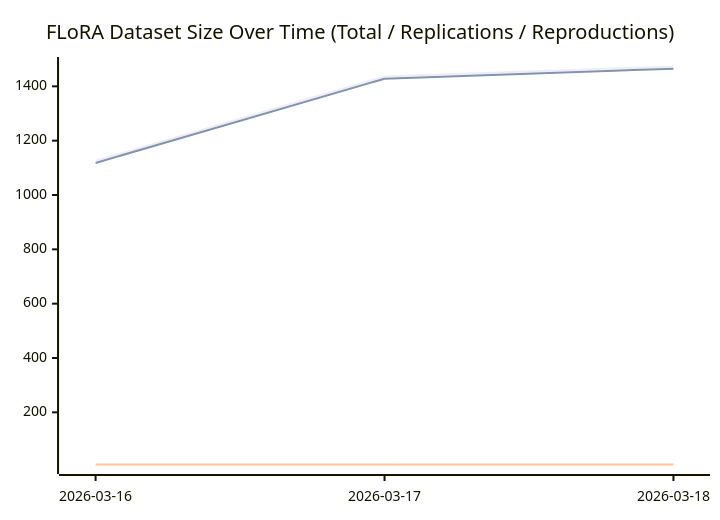
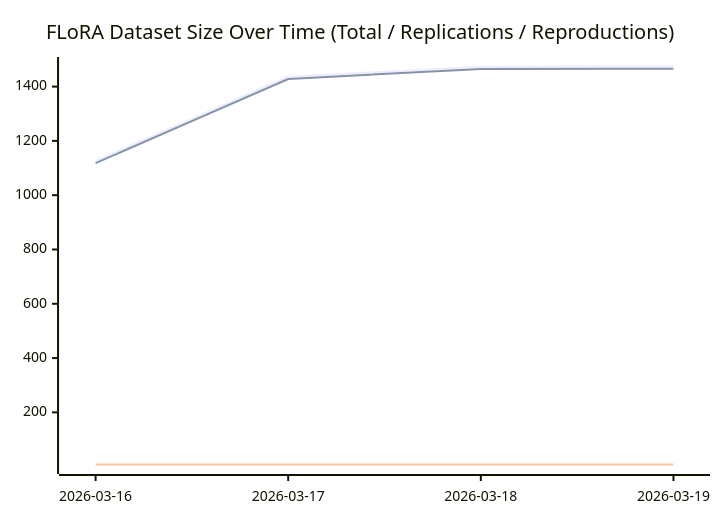
The diagram in README.md (forrtproject/fred-data), drawn with Mermaid before and after one commit. The commit also changed other lines of this file, not shown here.

Commit message:
Update flora.csv [automated]

````diff
--- a/README.md
+++ b/README.md
@@ -441,8 +441,8 @@
 ```mermaid
 xychart-beta
     title "FLoRA Dataset Size Over Time (Total / Replications / Reproductions)"
-    x-axis ["2026-03-16", "2026-03-17", "2026-03-18"]
-    line [1126, 1436, 1473]
-    line [1118, 1428, 1465]
-    line [8, 8, 8]
+    x-axis ["2026-03-16", "2026-03-17", "2026-03-18", "2026-03-19"]
+    line [1126, 1436, 1473, 1474]
+    line [1118, 1428, 1465, 1466]
+    line [8, 8, 8, 8]
 ```
````
